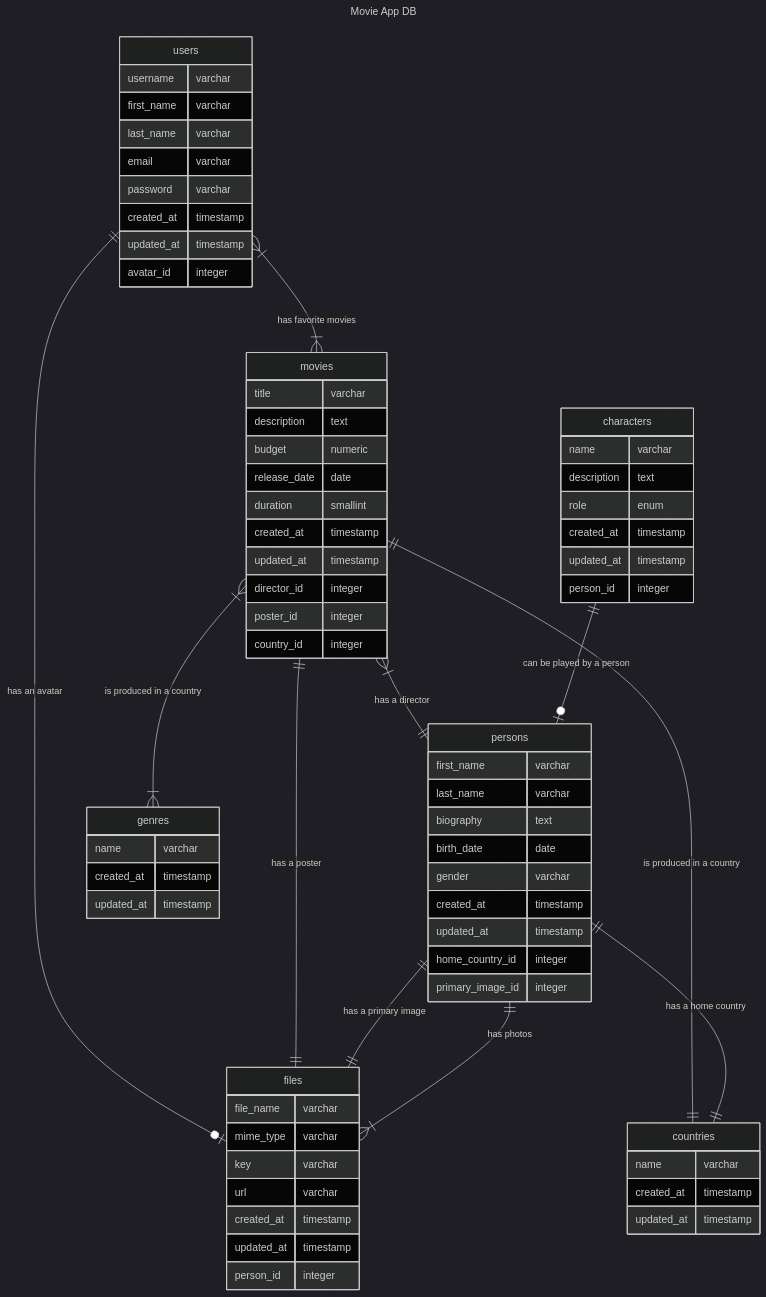
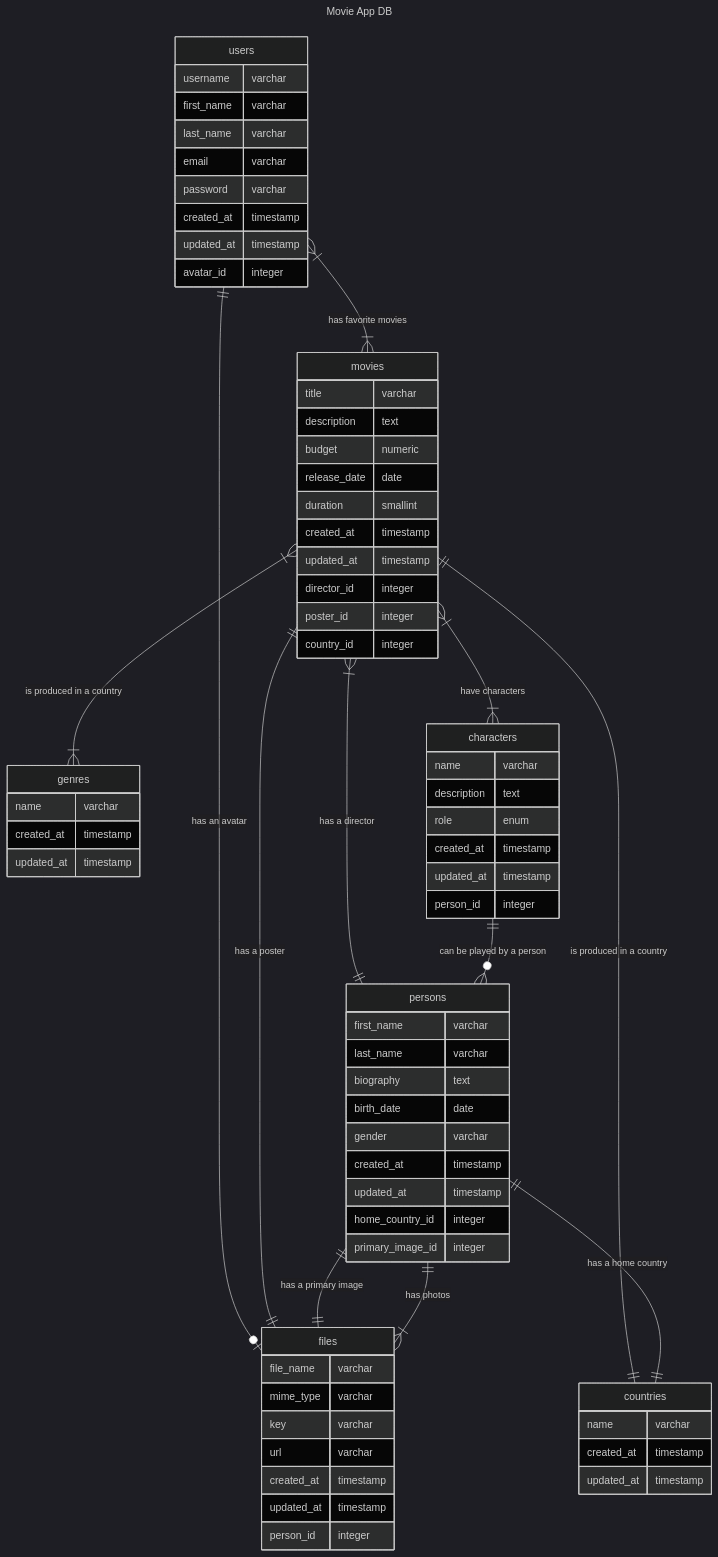
Before and after one commit to edwarmv/javascript-Database-and-SQL: the diagram in README.md, drawn with Mermaid (dark theme).

Commit message:
docs: missing movies relations with characters

```diff
--- a/README.md
+++ b/README.md
@@ -48,6 +48,7 @@
 movies ||--|| files : "has a poster"
 movies ||--|| countries : "is produced in a country"
 movies }|--|{ genres : "is produced in a country"
+movies }|--|{ characters : "have characters"
 
 countries {
     name varchar
@@ -70,7 +71,7 @@
     person_id integer
 }
 
-characters ||--o| persons : "can be played by a person"
+characters ||--o{ persons : "can be played by a person"
 
 persons {
     first_name varchar
```
